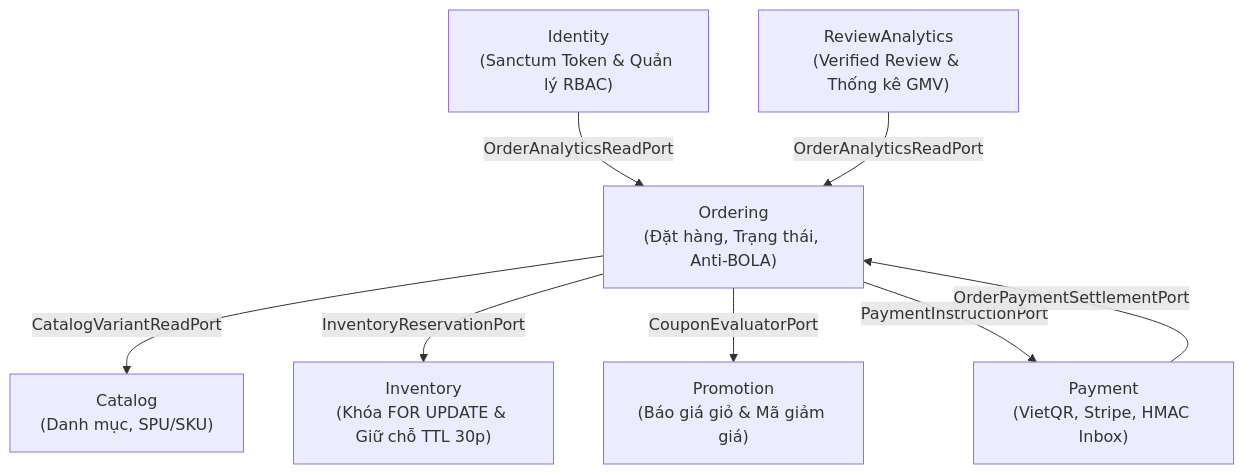
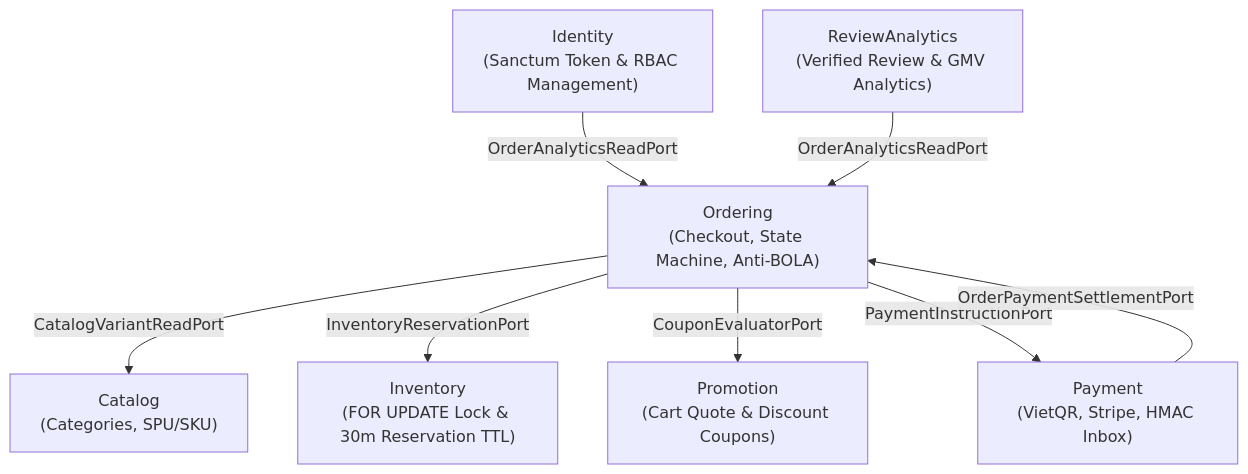
One commit to nguynbon03/VueLaravelProject changed the first of 2 diagrams in backend/docs/MODULE_MAP.md. Above: the diagram before and after it, drawn with Mermaid. The commit also changed other lines of this file and 36 other files, not shown here.

````diff
--- a/backend/docs/MODULE_MAP.md
+++ b/backend/docs/MODULE_MAP.md
@@ -12,18 +18,18 @@
 ```mermaid
 flowchart TD
-    Ordering["Ordering\n(Đặt hàng, Trạng thái, Anti-BOLA)"]
-    Catalog["Catalog\n(Danh mục, SPU/SKU)"]
-    Inventory["Inventory\n(Khóa FOR UPDATE & Giữ chỗ TTL 30p)"]
-    Promotion["Promotion\n(Báo giá giỏ & Mã giảm giá)"]
+    Ordering["Ordering\n(Checkout, State Machine, Anti-BOLA)"]
+    Catalog["Catalog\n(Categories, SPU/SKU)"]
+    Inventory["Inventory\n(FOR UPDATE Lock & 30m Reservation TTL)"]
+    Promotion["Promotion\n(Cart Quote & Discount Coupons)"]
     Payment["Payment\n(VietQR, Stripe, HMAC Inbox)"]
-    Identity["Identity\n(Sanctum Token & Quản lý RBAC)"]
-    Review["ReviewAnalytics\n(Verified Review & Thống kê GMV)"]
+    Identity["Identity\n(Sanctum Token & RBAC Management)"]
+    Review["ReviewAnalytics\n(Verified Review & GMV Analytics)"]
 
     Ordering -->|"CatalogVariantReadPort"| Catalog
     Ordering -->|"InventoryReservationPort"| Inventory
     Ordering -->|"CouponEvaluatorPort"| Promotion
     Ordering -->|"PaymentInstructionPort"| Payment
     Payment -->|"OrderPaymentSettlementPort"| Ordering
     Identity -->|"OrderAnalyticsReadPort"| Ordering
     Review -->|"OrderAnalyticsReadPort"| Ordering
 ```
````
